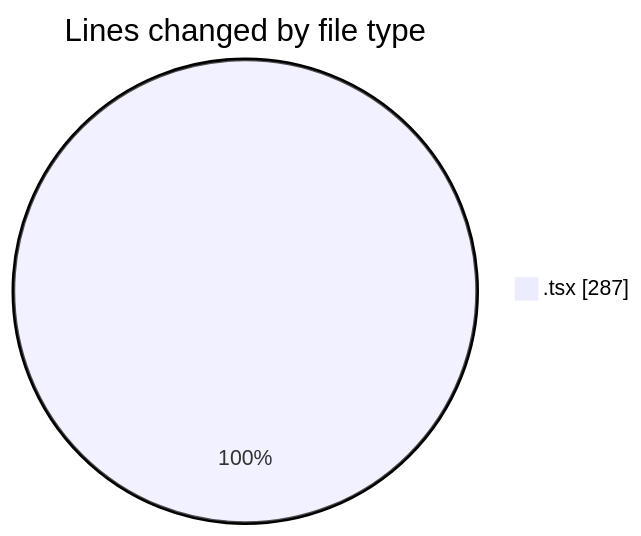
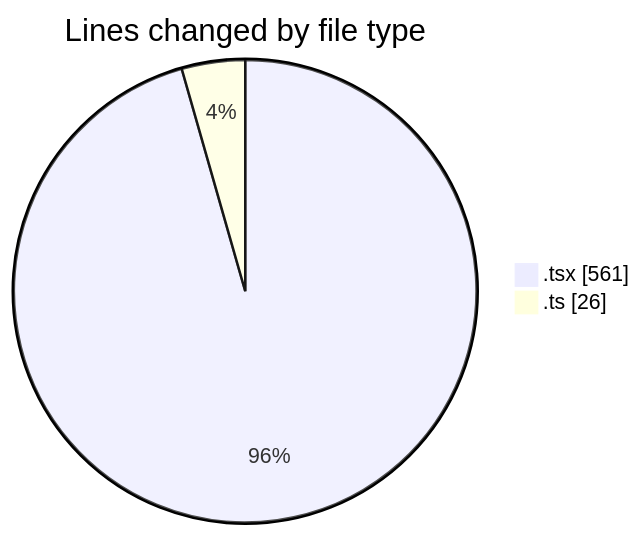
One commit to nxtqubesakshisongat/code-tracking changed the first of 2 diagrams in 2026-07-26/nxtqube_webapp/README.md. Above: the diagram before and after it, drawn with Mermaid. The commit also changed other lines of this file and 1 other file, not shown here.

````diff
--- a/2026-07-26/nxtqube_webapp/README.md
+++ b/2026-07-26/nxtqube_webapp/README.md
@@ -21,5 +27,6 @@
 ```mermaid
 pie showData
 title Lines changed by file type
-".tsx" : 287
+".tsx" : 561
+".ts" : 26
 ```
````
